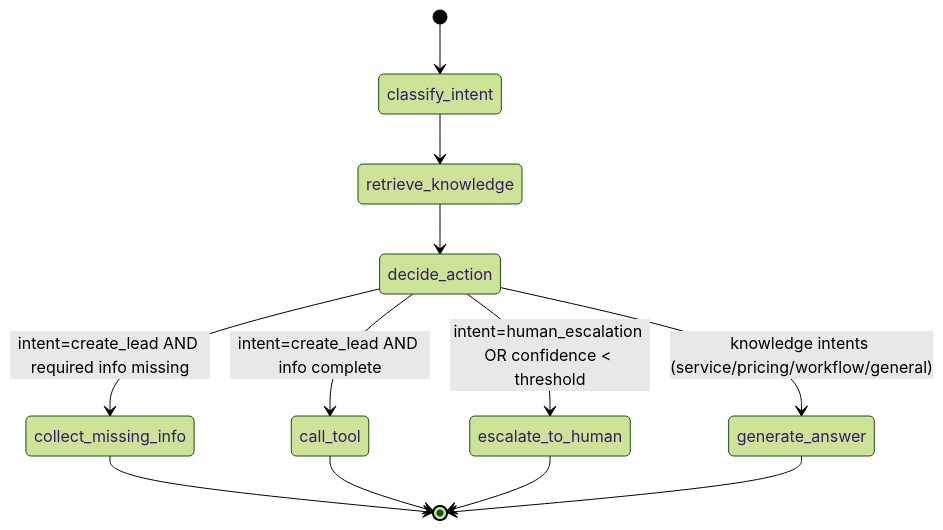
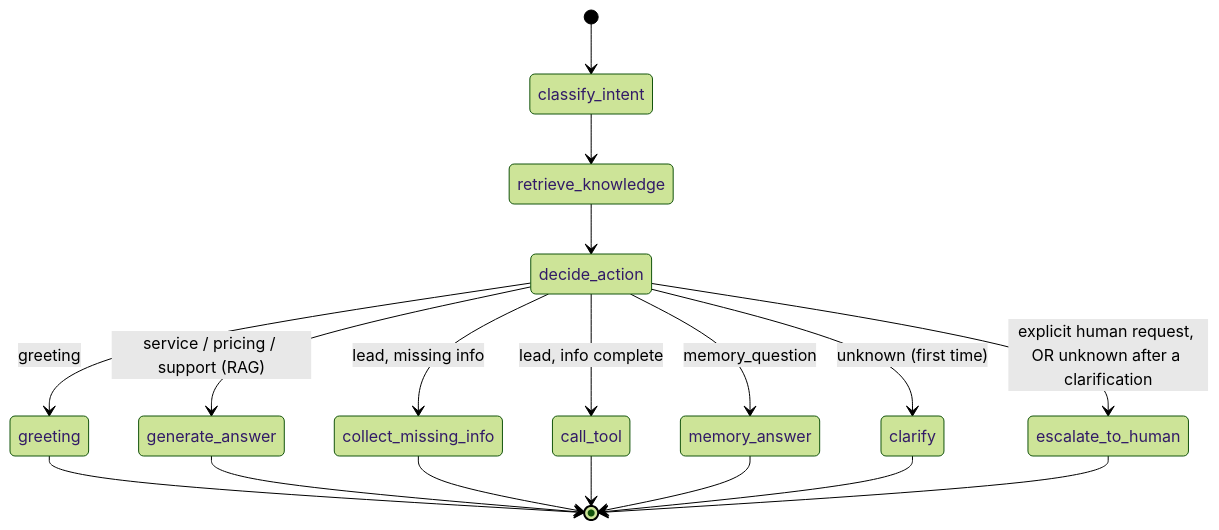
The diagram in docs/langgraph-flow.md (HullyMully/ai-marketing-agent-rag-langgraph), drawn with Mermaid (forest theme) before and after one commit. The commit also changed other lines of this file and 25 other files, not shown here.

Commit message:
Improve real agent conversation flow

````diff
--- a/docs/langgraph-flow.md
+++ b/docs/langgraph-flow.md
@@ -8,14 +8,20 @@
 ```mermaid
 stateDiagram-v2
     [*] --> classify_intent
     classify_intent --> retrieve_knowledge
     retrieve_knowledge --> decide_action
-    decide_action --> escalate_to_human: intent=human_escalation OR confidence < threshold
-    decide_action --> collect_missing_info: intent=create_lead AND required info missing
-    decide_action --> call_tool: intent=create_lead AND info complete
-    decide_action --> generate_answer: knowledge intents (service/pricing/workflow/general)
+    decide_action --> greeting: greeting
+    decide_action --> generate_answer: service / pricing / support (RAG)
+    decide_action --> collect_missing_info: lead, missing info
+    decide_action --> call_tool: lead, info complete
+    decide_action --> memory_answer: memory_question
+    decide_action --> clarify: unknown (first time)
+    decide_action --> escalate_to_human: explicit human request, OR unknown after a clarification
+    greeting --> [*]
+    generate_answer --> [*]
     collect_missing_info --> [*]
     call_tool --> [*]
+    memory_answer --> [*]
+    clarify --> [*]
     escalate_to_human --> [*]
-    generate_answer --> [*]
 ```
````
